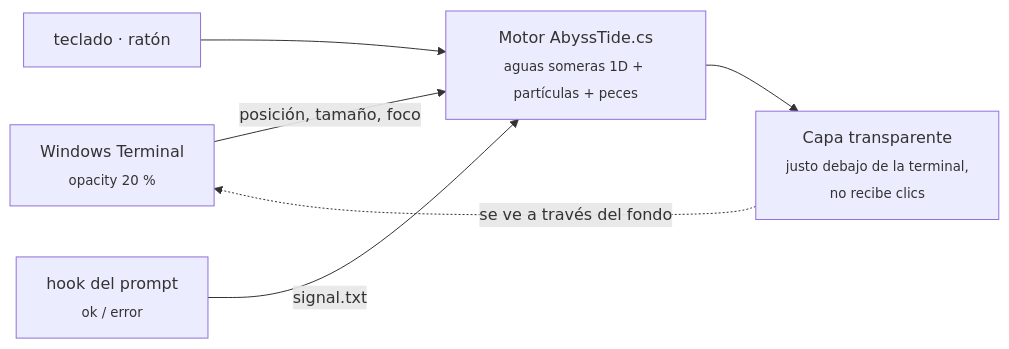
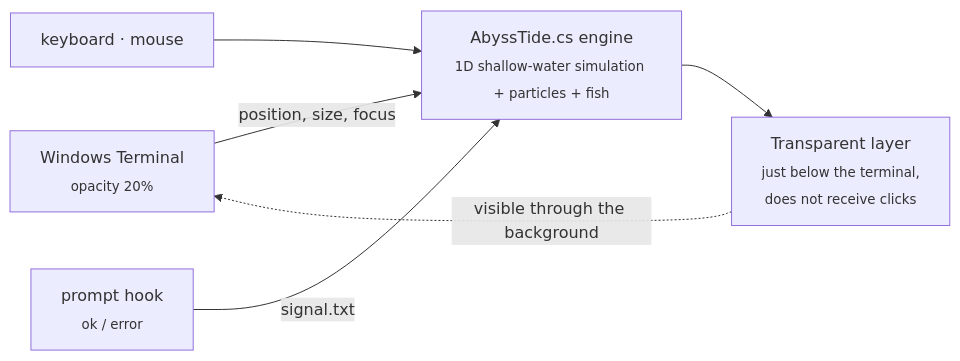
The diagram in README.md (BuddhaCodes/abyss-tide), drawn with Mermaid before and after one commit. The commit also changed other lines of this file, not shown here.

````diff
--- a/README.md
+++ b/README.md
@@ -180,8 +123,8 @@
 ```mermaid
 flowchart LR
-    WT["Windows Terminal<br/><sub>opacity 20 %</sub>"] -- "posición, tamaño, foco" --> E
-    K["teclado · ratón"] --> E
-    P["hook del prompt<br/><sub>ok / error</sub>"] -- "signal.txt" --> E
-    E["Motor AbyssTide.cs<br/><sub>aguas someras 1D + partículas + peces</sub>"] --> L["Capa transparente<br/><sub>justo debajo de la terminal,<br/>no recibe clics</sub>"]
-    L -. "se ve a través del fondo" .-> WT
+    WT["Windows Terminal<br/><sub>opacity 20%</sub>"] -- "position, size, focus" --> E
+    K["keyboard · mouse"] --> E
+    P["prompt hook<br/><sub>ok / error</sub>"] -- "signal.txt" --> E
+    E["AbyssTide.cs engine<br/><sub>1D shallow-water simulation + particles + fish</sub>"] --> L["Transparent layer<br/><sub>just below the terminal,<br/>does not receive clicks</sub>"]
+    L -. "visible through the background" .-> WT
 ```
````
